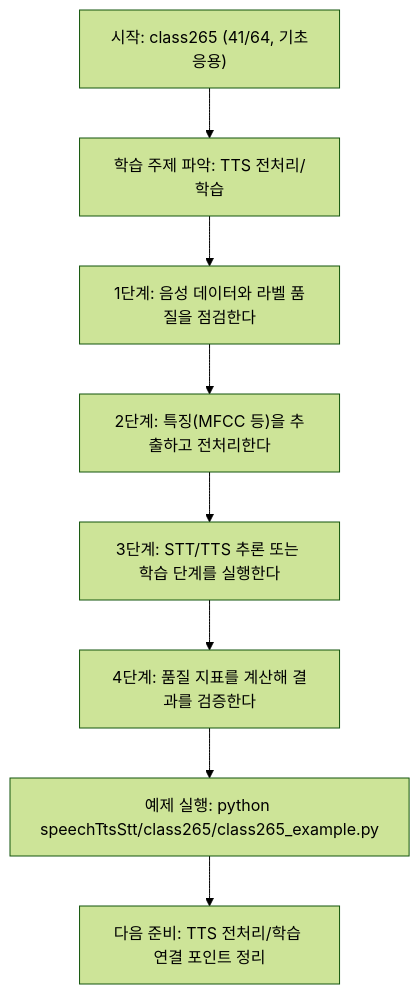
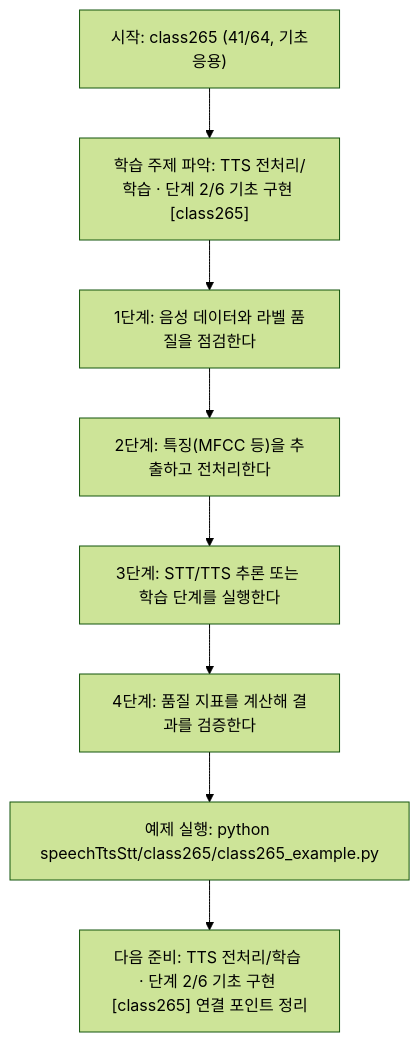
Before and after one commit to edumgt/Python-AI_Agent-Class: the diagram in speechTtsStt/class265/class265.md, drawn with Mermaid (forest theme). The commit also changed other lines of this file and 522 other files, not shown here.

````diff
--- a/speechTtsStt/class265/class265.md
+++ b/speechTtsStt/class265/class265.md
@@ -113,18 +114,18 @@
 ```mermaid
 flowchart TD
 N1["시작: class265 (41/64, 기초응용)"]
-N2["학습 주제 파악: TTS 전처리/학습"]
+N2["학습 주제 파악: TTS 전처리/학습 · 단계 2/6 기초 구현 [class265]"]
 N3["1단계: 음성 데이터와 라벨 품질을 점검한다"]
 N4["2단계: 특징(MFCC 등)을 추출하고 전처리한다"]
 N5["3단계: STT/TTS 추론 또는 학습 단계를 실행한다"]
 N6["4단계: 품질 지표를 계산해 결과를 검증한다"]
 N7["예제 실행: python speechTtsStt/class265/class265_example.py"]
-N8["다음 준비: TTS 전처리/학습 연결 포인트 정리"]
+N8["다음 준비: TTS 전처리/학습 · 단계 2/6 기초 구현 [class265] 연결 포인트 정리"]
 N1 --> N2
 N2 --> N3
 N3 --> N4
 N4 --> N5
 N5 --> N6
 N6 --> N7
 N7 --> N8
 ```
````
